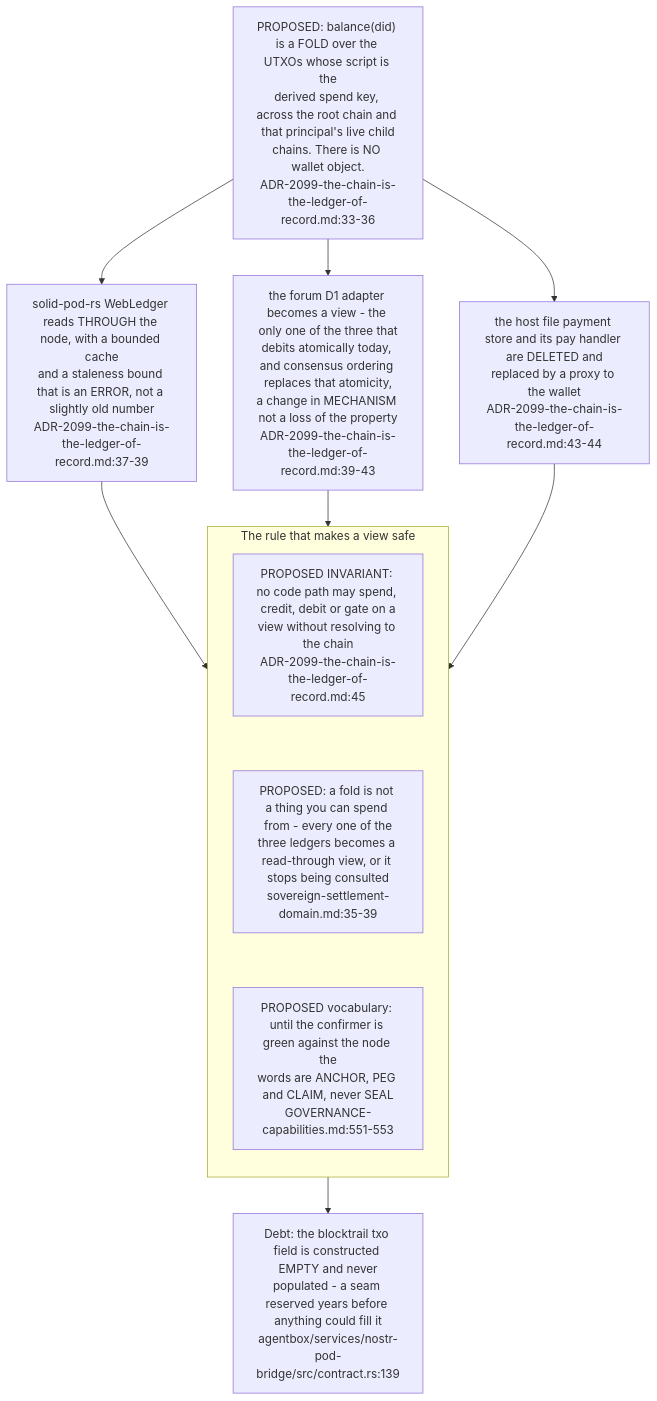
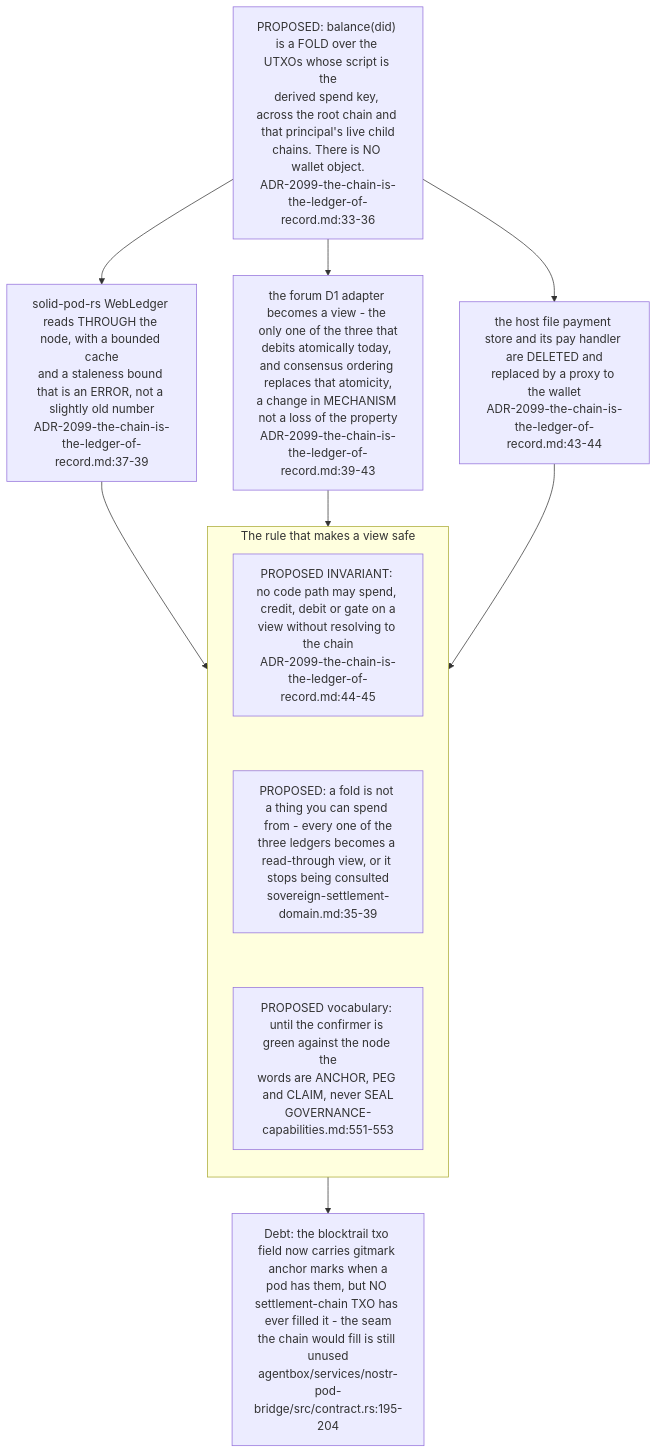
Before and after one commit to DreamLab-AI/VisionFlow: the fourth of 7 diagrams in docs/diagrams/agentbox/31-sovereign-settlement.md, drawn with Mermaid. The commit also changed other lines of this file and 111 other files, not shown here.

Commit message:
docs(diagrams): align estate maps with current source

````diff
--- a/docs/diagrams/agentbox/31-sovereign-settlement.md
+++ b/docs/diagrams/agentbox/31-sovereign-settlement.md
@@ -167,18 +167,18 @@
 ```mermaid
 flowchart TB
     FOLD["PROPOSED: balance(did) is a FOLD over the UTXOs whose script is the<br/>derived spend key, across the root chain and that principal's live child<br/>chains. There is NO wallet object.<br/>ADR-2099-the-chain-is-the-ledger-of-record.md:33-36"]
     FOLD --> V1["solid-pod-rs WebLedger reads THROUGH the node, with a bounded cache<br/>and a staleness bound that is an ERROR, not a slightly old number<br/>ADR-2099-the-chain-is-the-ledger-of-record.md:37-39"]
     FOLD --> V2["the forum D1 adapter becomes a view - the only one of the three that<br/>debits atomically today, and consensus ordering replaces that atomicity,<br/>a change in MECHANISM not a loss of the property<br/>ADR-2099-the-chain-is-the-ledger-of-record.md:39-43"]
     FOLD --> V3["the host file payment store and its pay handler are DELETED and<br/>replaced by a proxy to the wallet<br/>ADR-2099-the-chain-is-the-ledger-of-record.md:43-44"]
     subgraph rule["The rule that makes a view safe"]
         direction TB
-        R1["PROPOSED INVARIANT: no code path may spend, credit, debit or gate on a<br/>view without resolving to the chain<br/>ADR-2099-the-chain-is-the-ledger-of-record.md:45"]
+        R1["PROPOSED INVARIANT: no code path may spend, credit, debit or gate on a<br/>view without resolving to the chain<br/>ADR-2099-the-chain-is-the-ledger-of-record.md:44-45"]
         R2["PROPOSED: a fold is not a thing you can spend from - every one of the<br/>three ledgers becomes a read-through view, or it stops being consulted<br/>sovereign-settlement-domain.md:35-39"]
         R3["PROPOSED vocabulary: until the confirmer is green against the node the<br/>words are ANCHOR, PEG and CLAIM, never SEAL<br/>GOVERNANCE-capabilities.md:551-553"]
         R1 ~~~ R2 ~~~ R3
     end
     V1 --> rule
     V2 --> rule
     V3 --> rule
-    rule --> DEBT["Debt: the blocktrail txo field is constructed EMPTY and never<br/>populated - a seam reserved years before anything could fill it<br/>agentbox/services/nostr-pod-bridge/src/contract.rs:139"]
+    rule --> DEBT["Debt: the blocktrail txo field now carries gitmark anchor marks when a<br/>pod has them, but NO settlement-chain TXO has ever filled it - the seam<br/>the chain would fill is still unused<br/>agentbox/services/nostr-pod-bridge/src/contract.rs:195-204"]
 ```
````
